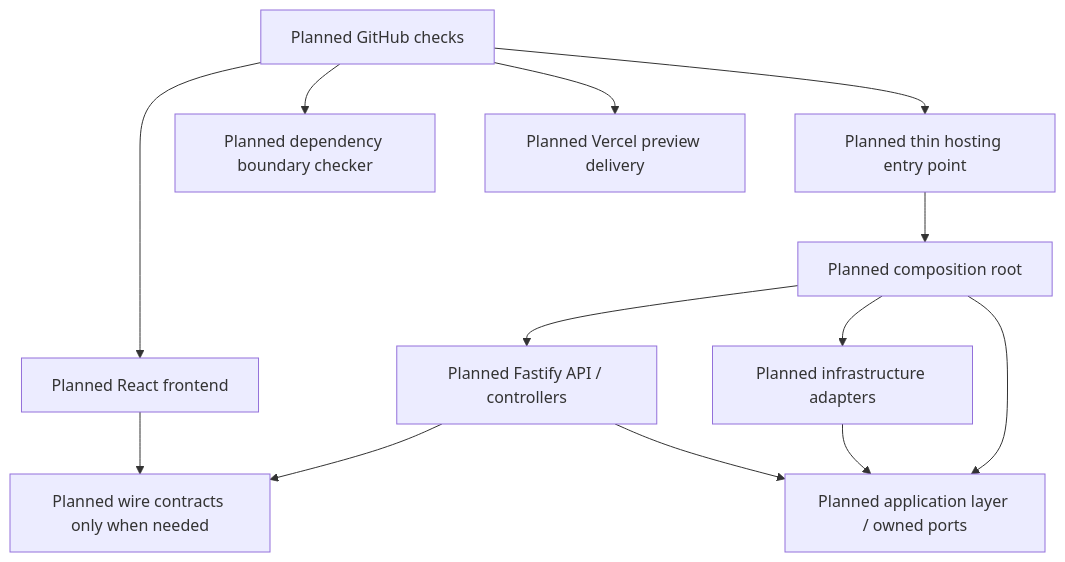
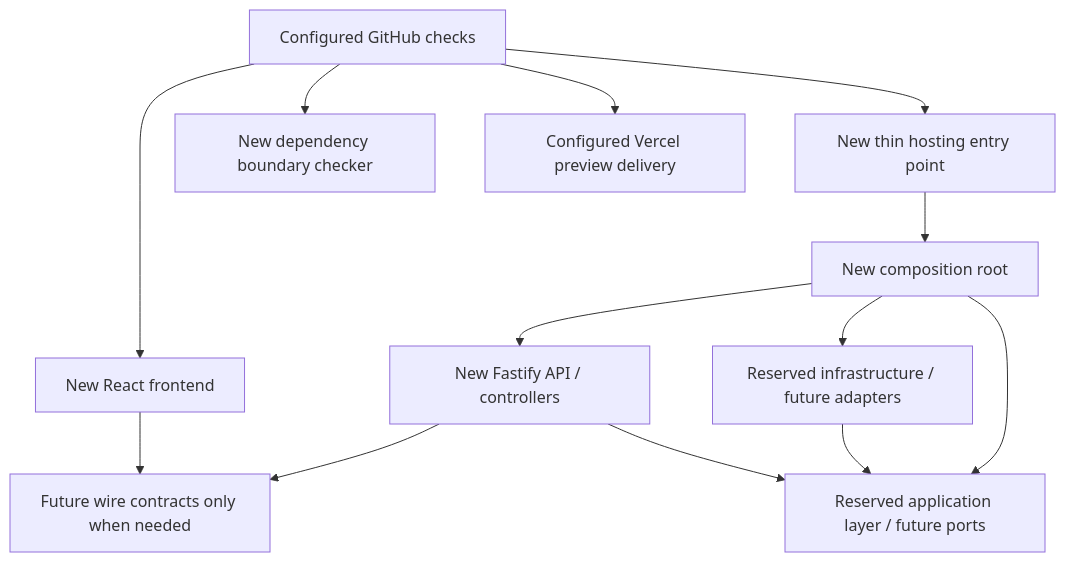
Before and after one commit to akudinov-commits/ExpencesRecord: the second of 2 diagrams in ongoing-tasks/application-foundation/feature-architecture.md, drawn with Mermaid. The commit also changed other lines of this file and 21 other files, not shown here.

````diff
--- a/ongoing-tasks/application-foundation/feature-architecture.md
+++ b/ongoing-tasks/application-foundation/feature-architecture.md
@@ -28,15 +28,15 @@
 ```mermaid
 flowchart TD
-  FE[Planned React frontend] --> Contracts[Planned wire contracts only when needed]
-  API[Planned Fastify API / controllers] --> APP[Planned application layer / owned ports]
-  INFRA[Planned infrastructure adapters] --> APP
+  FE[New React frontend] --> Contracts[Future wire contracts only when needed]
+  API[New Fastify API / controllers] --> APP[Reserved application layer / future ports]
+  INFRA[Reserved infrastructure / future adapters] --> APP
   API --> Contracts
-  ROOT[Planned composition root] --> API
+  ROOT[New composition root] --> API
   ROOT --> APP
   ROOT --> INFRA
-  Host[Planned thin hosting entry point] --> ROOT
-  CI[Planned GitHub checks] --> FE
+  Host[New thin hosting entry point] --> ROOT
+  CI[Configured GitHub checks] --> FE
   CI --> Host
-  CI --> Boundary[Planned dependency boundary checker]
-  CI --> Vercel[Planned Vercel preview delivery]
+  CI --> Boundary[New dependency boundary checker]
+  CI --> Vercel[Configured Vercel preview delivery]
 ```
````
